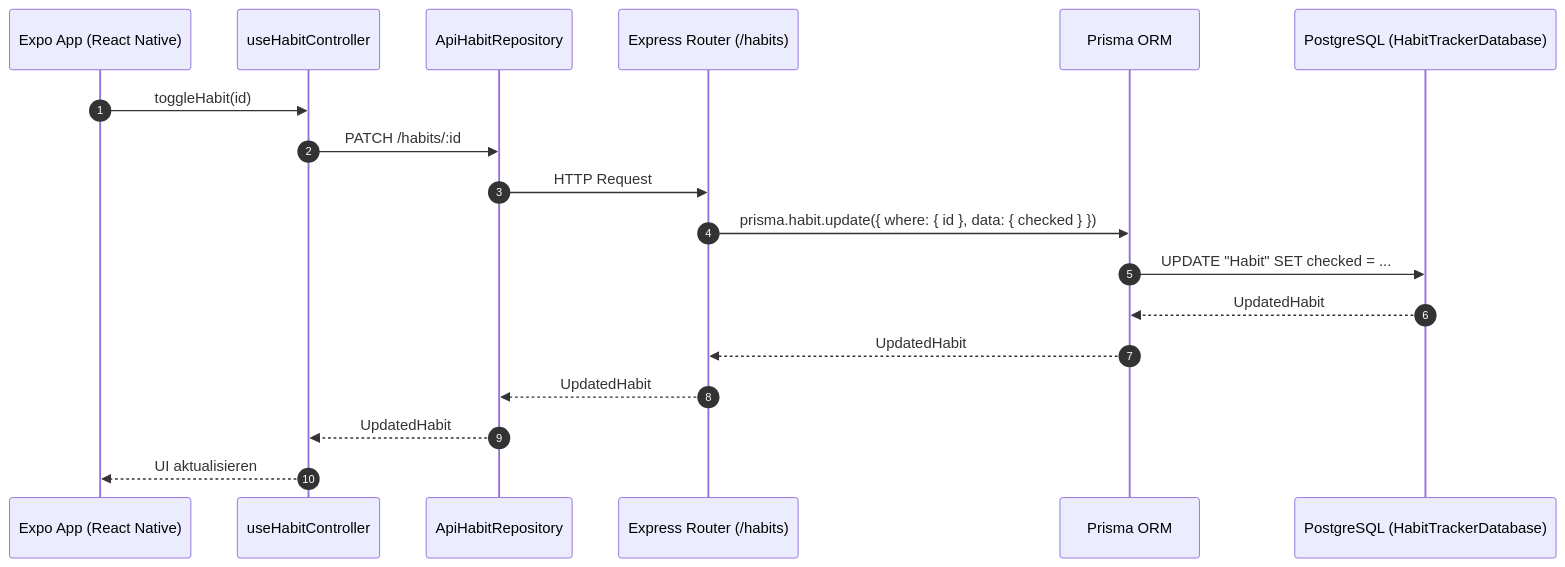
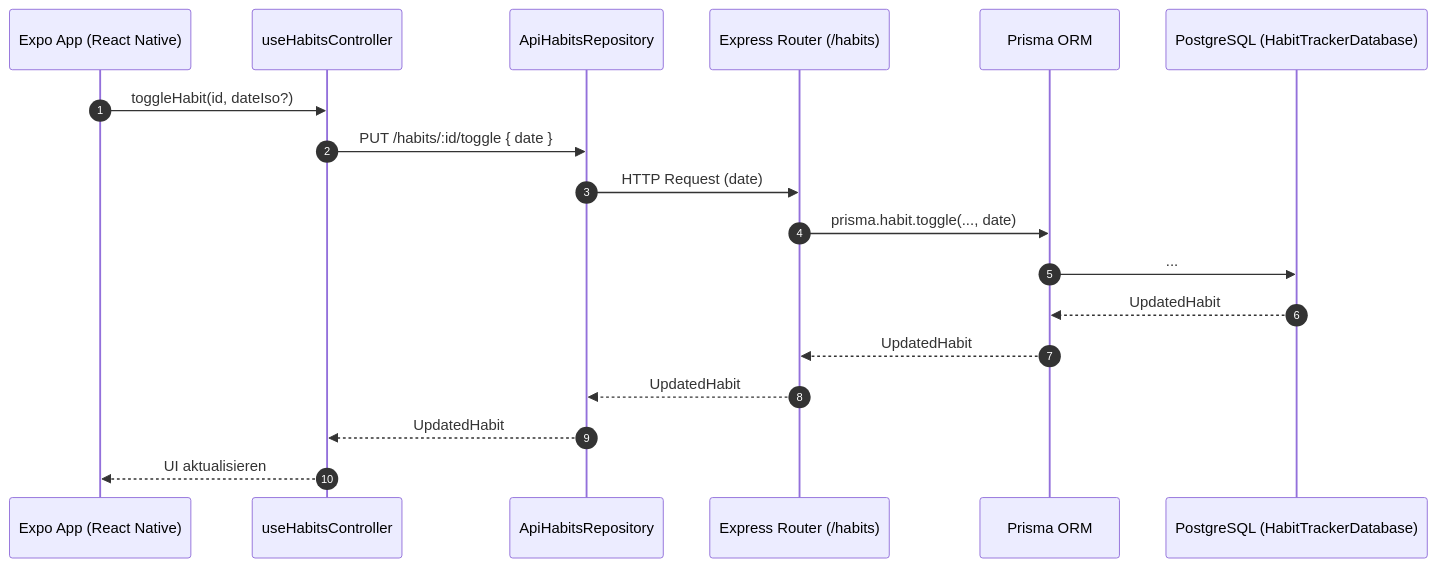
The fifth of 5 diagrams in docs/development/plantuml/sequenzdiagramme.md (laurenzzzzzz/htwd-se1-habitree), drawn with Mermaid before and after one commit. The commit also changed other lines of this file and 4 other files, not shown here.

Commit message:
Update Sequenzdiagramme Tatsächliche Darstellung unseres Codes

````diff
--- a/docs/development/plantuml/sequenzdiagramme.md
+++ b/docs/development/plantuml/sequenzdiagramme.md
@@ -173,21 +173,21 @@
 ```mermaid
 sequenceDiagram
     autonumber
     participant Expo as Expo App (React Native)
-    participant FEHabit as useHabitController
-    participant ApiRepo as ApiHabitRepository
+    participant FEHabit as useHabitsController
+    participant ApiRepo as ApiHabitsRepository
     participant Express as Express Router (/habits)
     participant Prisma as Prisma ORM
     participant PG as PostgreSQL (HabitTrackerDatabase)
 
-    Expo->>FEHabit: toggleHabit(id)
-    FEHabit->>ApiRepo: PATCH /habits/:id
-    ApiRepo->>Express: HTTP Request
-    Express->>Prisma: prisma.habit.update({ where: { id }, data: { checked } })
-    Prisma->>PG: UPDATE "Habit" SET checked = ...
-    PG-->>Prisma: UpdatedHabit
-    Prisma-->>Express: UpdatedHabit
-    Express-->>ApiRepo: UpdatedHabit
-    ApiRepo-->>FEHabit: UpdatedHabit
-    FEHabit-->>Expo: UI aktualisieren
+    Expo ->> FEHabit: toggleHabit(id, dateIso?)
+    FEHabit ->> ApiRepo: PUT /habits/:id/toggle { date }
+    ApiRepo ->> Express: HTTP Request (date)
+    Express ->> Prisma: prisma.habit.toggle(..., date)
+    Prisma ->> PG: ...
+    PG -->> Prisma: UpdatedHabit
+    Prisma -->> Express: UpdatedHabit
+    Express -->> ApiRepo: UpdatedHabit
+    ApiRepo -->> FEHabit: UpdatedHabit
+    FEHabit -->> Expo: UI aktualisieren
 ```
````
